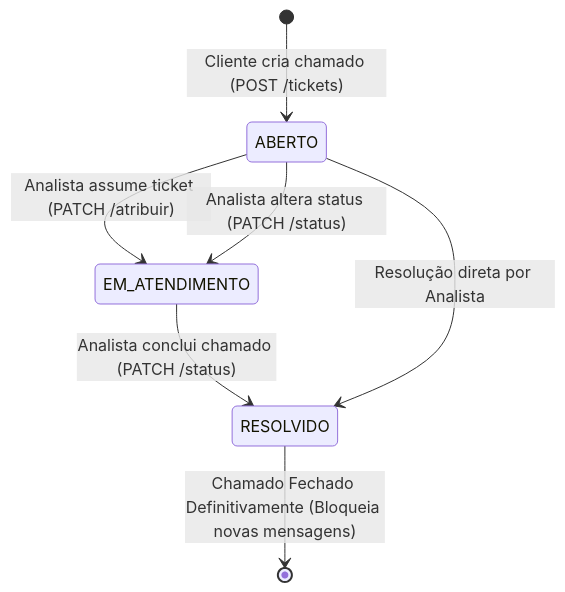
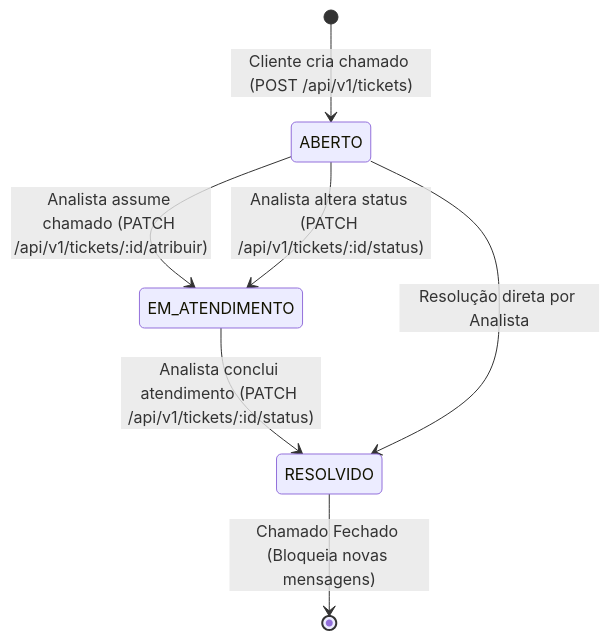
Before and after one commit to Desenvolvimento-Web-2026-1-ENG/ConnectTickets: the diagram in README.md, drawn with Mermaid. The commit also changed other lines of this file, not shown here.

````diff
--- a/README.md
+++ b/README.md
@@ -42,9 +64,9 @@
 ```mermaid
 stateDiagram-v2
-    [*] --> ABERTO : Cliente cria chamado (POST /tickets)
-    ABERTO --> EM_ATENDIMENTO : Analista assume ticket (PATCH /atribuir)
-    ABERTO --> EM_ATENDIMENTO : Analista altera status (PATCH /status)
-    EM_ATENDIMENTO --> RESOLVIDO : Analista conclui chamado (PATCH /status)
+    [*] --> ABERTO : Cliente cria chamado (POST /api/v1/tickets)
+    ABERTO --> EM_ATENDIMENTO : Analista assume chamado (PATCH /api/v1/tickets/:id/atribuir)
+    ABERTO --> EM_ATENDIMENTO : Analista altera status (PATCH /api/v1/tickets/:id/status)
+    EM_ATENDIMENTO --> RESOLVIDO : Analista conclui atendimento (PATCH /api/v1/tickets/:id/status)
     ABERTO --> RESOLVIDO : Resolução direta por Analista
-    RESOLVIDO --> [*] : Chamado Fechado Definitivamente (Bloqueia novas mensagens)
+    RESOLVIDO --> [*] : Chamado Fechado (Bloqueia novas mensagens)
 ```
````
